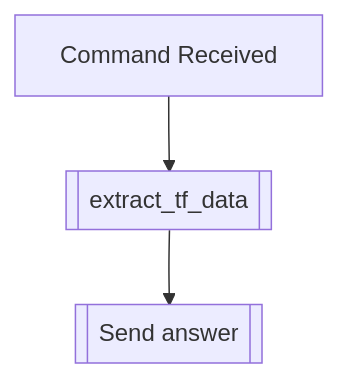
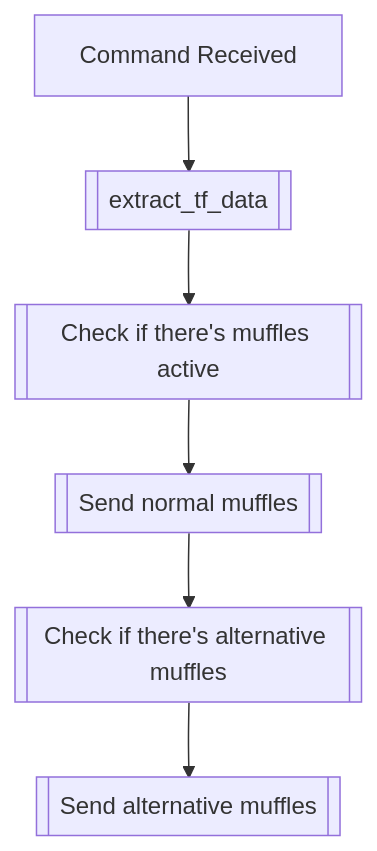
The diagram in docs/commands/get/muffle.md (dorythecat/TransforMate), drawn with Mermaid before and after one commit. The commit also changed other lines of this file and 1 other file, not shown here.

````diff
--- a/docs/commands/get/muffle.md
+++ b/docs/commands/get/muffle.md
@@ -19,5 +16,8 @@
 ```mermaid
 flowchart TD
     CommandReceived[Command Received] --> ExtractTfData[[extract_tf_data]]
-    ExtractTfData --> SendAnswer[[Send answer]]
+    ExtractTfData --> CheckMuffles[[Check if there's muffles active]]
+    CheckMuffles --> SendMuffles[[Send normal muffles]]
+    SendMuffles --> CheckAlt[[Check if there's alternative muffles]]
+    CheckAlt --> SendAlt[[Send alternative muffles]]
 ```
````
